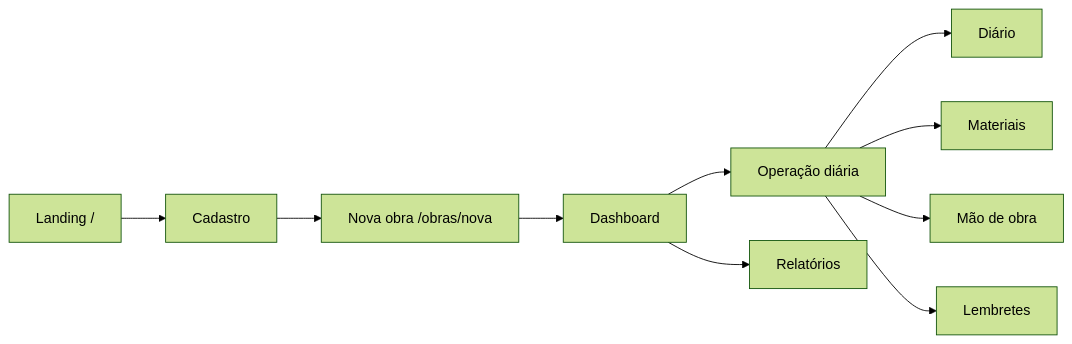
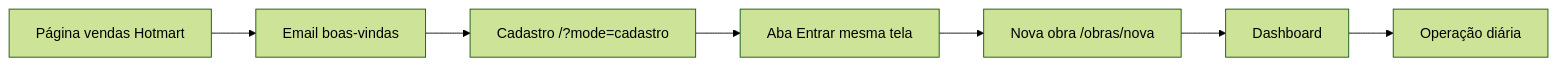
One commit to suporteobrioai-crypto/OBRIO changed the diagram in docs/PRODUCT.md. Above: the diagram before and after it, drawn with Mermaid (forest theme). The commit also changed other lines of this file and 36 other files, not shown here.

````diff
--- a/docs/PRODUCT.md
+++ b/docs/PRODUCT.md
@@ -46,12 +46,9 @@
 ```mermaid
 flowchart LR
-  Landing["Landing /"] --> Cadastro["Cadastro"]
-  Cadastro --> NovaObra["Nova obra /obras/nova"]
+  Vendas["Página vendas Hotmart"] --> Email["Email boas-vindas"]
+  Email --> Cadastro["Cadastro /?mode=cadastro"]
+  Cadastro --> Login["Aba Entrar mesma tela"]
+  Login --> NovaObra["Nova obra /obras/nova"]
   NovaObra --> Dashboard["Dashboard"]
   Dashboard --> Operacao["Operação diária"]
-  Operacao --> Diario["Diário"]
-  Operacao --> Materiais["Materiais"]
-  Operacao --> MaoDeObra["Mão de obra"]
-  Operacao --> Lembretes["Lembretes"]
-  Dashboard --> Relatorios["Relatórios"]
 ```
````
